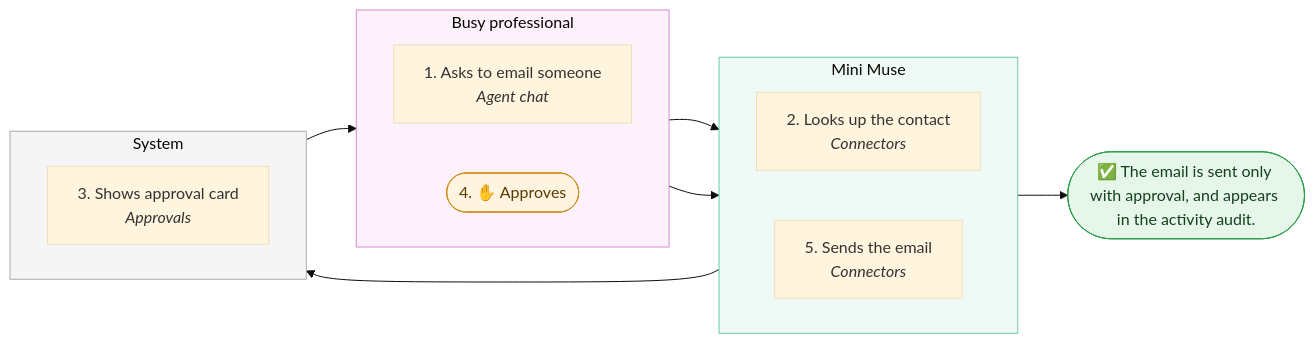
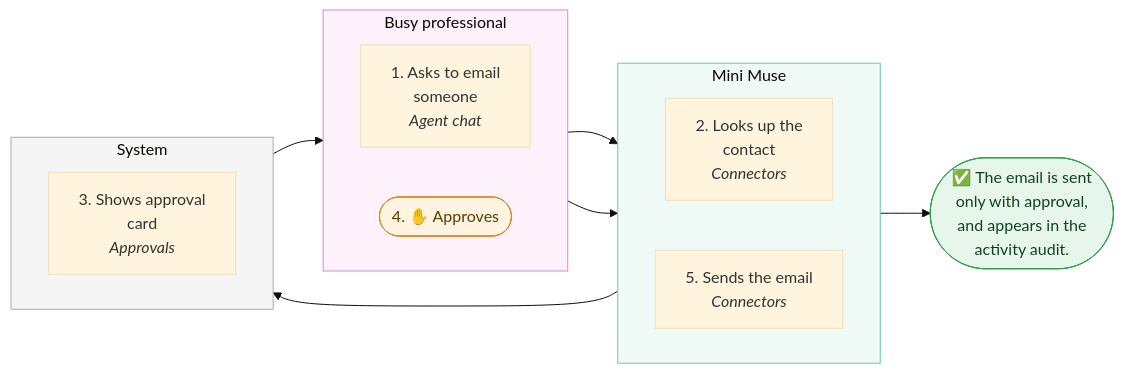
The fifth of 6 diagrams in docs/product/baseline.md (lngsa1234/mini-muse-mvp), drawn with Mermaid (base theme) before and after one commit. The commit also changed other lines of this file, not shown here.

First line of the commit message:
docs: compact journey diagram labels (AgentForge plugin 0.4.3)

````diff
--- a/docs/product/baseline.md
+++ b/docs/product/baseline.md
@@ -225,30 +225,30 @@
 ```mermaid
 flowchart LR
   subgraph user_lane["Busy professional"]
     direction LR
-    s1["1. Asks to email someone<br/><i>Agent chat</i>"]
+    s1["1. Asks to email<br/>someone<br/><i>Agent chat</i>"]
     s4(["4. ✋ Approves"])
   end
   subgraph agent_lane["Mini Muse"]
     direction LR
-    s2["2. Looks up the contact<br/><i>Connectors</i>"]
+    s2["2. Looks up the<br/>contact<br/><i>Connectors</i>"]
     s5["5. Sends the email<br/><i>Connectors</i>"]
   end
   subgraph system_lane["System"]
     direction LR
-    s3["3. Shows approval card<br/><i>Approvals</i>"]
+    s3["3. Shows approval<br/>card<br/><i>Approvals</i>"]
   end
   s1 --> s2
   s2 --> s3
   s3 --> s4
   s4 --> s5
-  done(["✅ The email is sent only with approval, and appears in the activity audit."])
+  done(["✅ The email is sent<br/>only with approval,<br/>and appears in the<br/>activity audit."])
   s5 --> done
   classDef approval fill:#fff4e0,stroke:#d18a1f,color:#5c3a00
   classDef outcome fill:#e6f6ea,stroke:#2f9e4f,color:#14401f
   style user_lane fill:#fdf2fb,stroke:#d58ad0
   style agent_lane fill:#effaf7,stroke:#6cc9b4
   style system_lane fill:#f5f5f5,stroke:#aaa
   class s4 approval
   class done outcome
 ```
````
